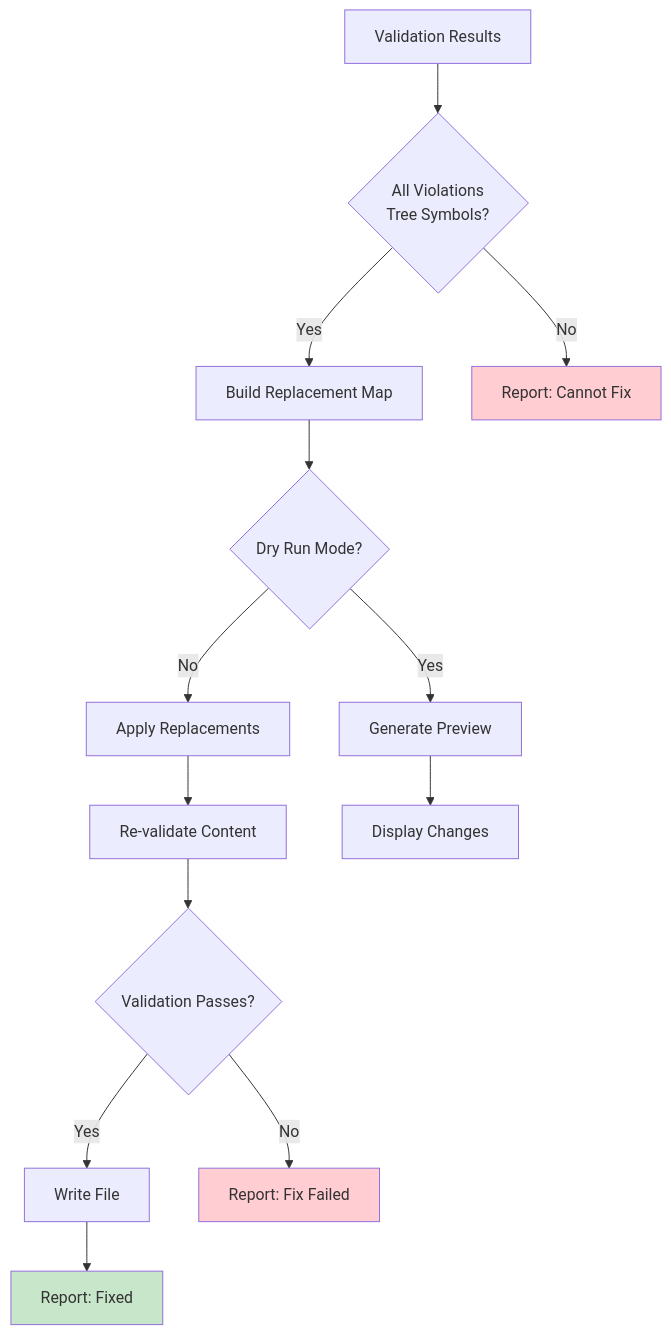
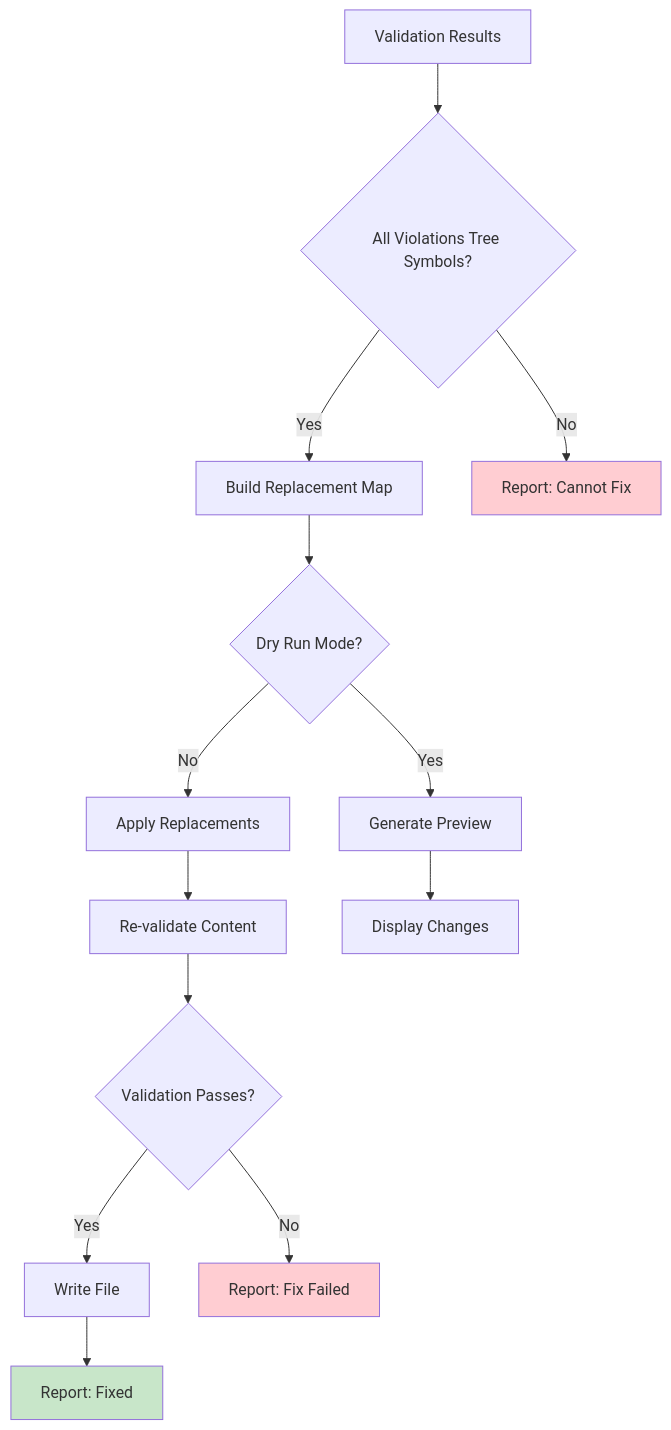
Before and after one commit to softwarewrighter/markdown-checker: the sixth of 8 diagrams in wiki/Components.md, drawn with Mermaid. The commit also changed other lines of this file and 10 other files, not shown here.

````diff
--- a/wiki/Components.md
+++ b/wiki/Components.md
@@ -382,22 +382,22 @@
 ```mermaid
 graph TD
-    Start[Validation Results] --> Check{All Violations<br/>Tree Symbols?}
+    Start[Validation Results] --> Check{All Violations Tree Symbols?}
     Check -->|Yes| Map[Build Replacement Map]
     Check -->|No| Unfixable[Report: Cannot Fix]
 
     Map --> DryRun{Dry Run Mode?}
     DryRun -->|Yes| Preview[Generate Preview]
     DryRun -->|No| Apply[Apply Replacements]
 
     Apply --> Verify[Re-validate Content]
     Verify --> Valid{Validation Passes?}
     Valid -->|Yes| Write[Write File]
     Valid -->|No| Failed[Report: Fix Failed]
 
     Preview --> Display[Display Changes]
     Write --> Success[Report: Fixed]
 
     style Success fill:#c8e6c9
     style Unfixable fill:#ffcdd2
     style Failed fill:#ffcdd2
 ```
````
